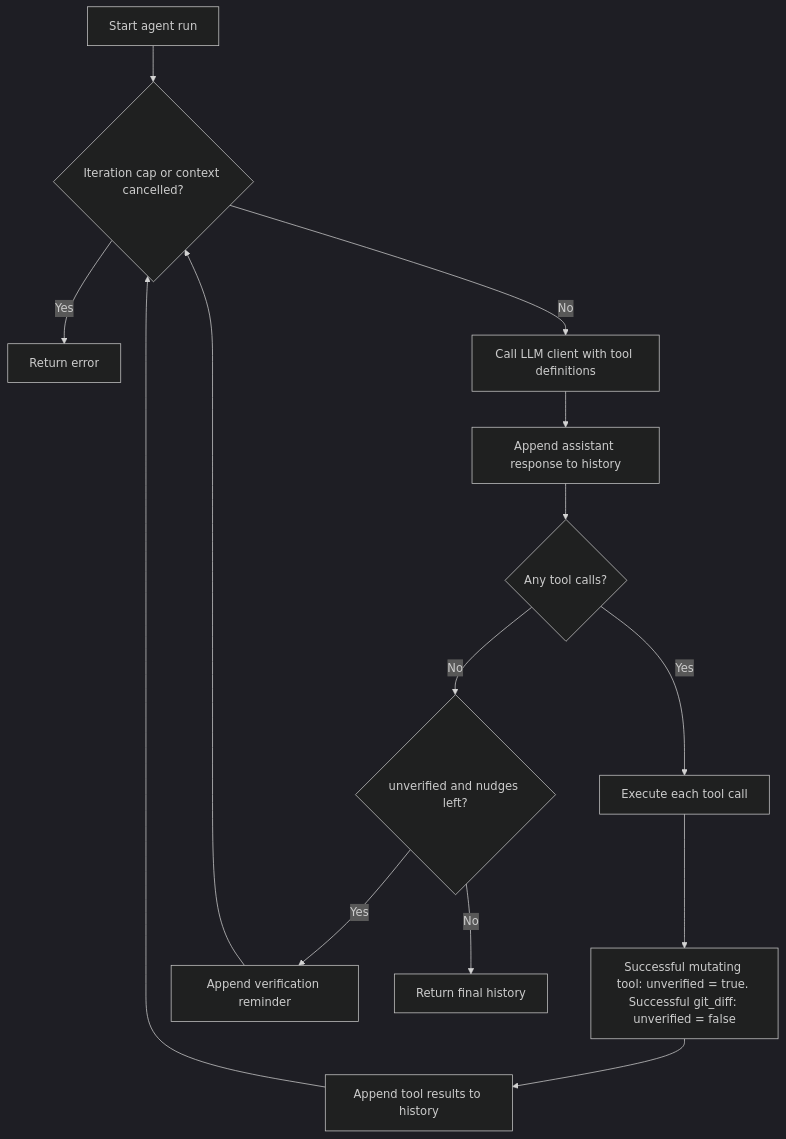
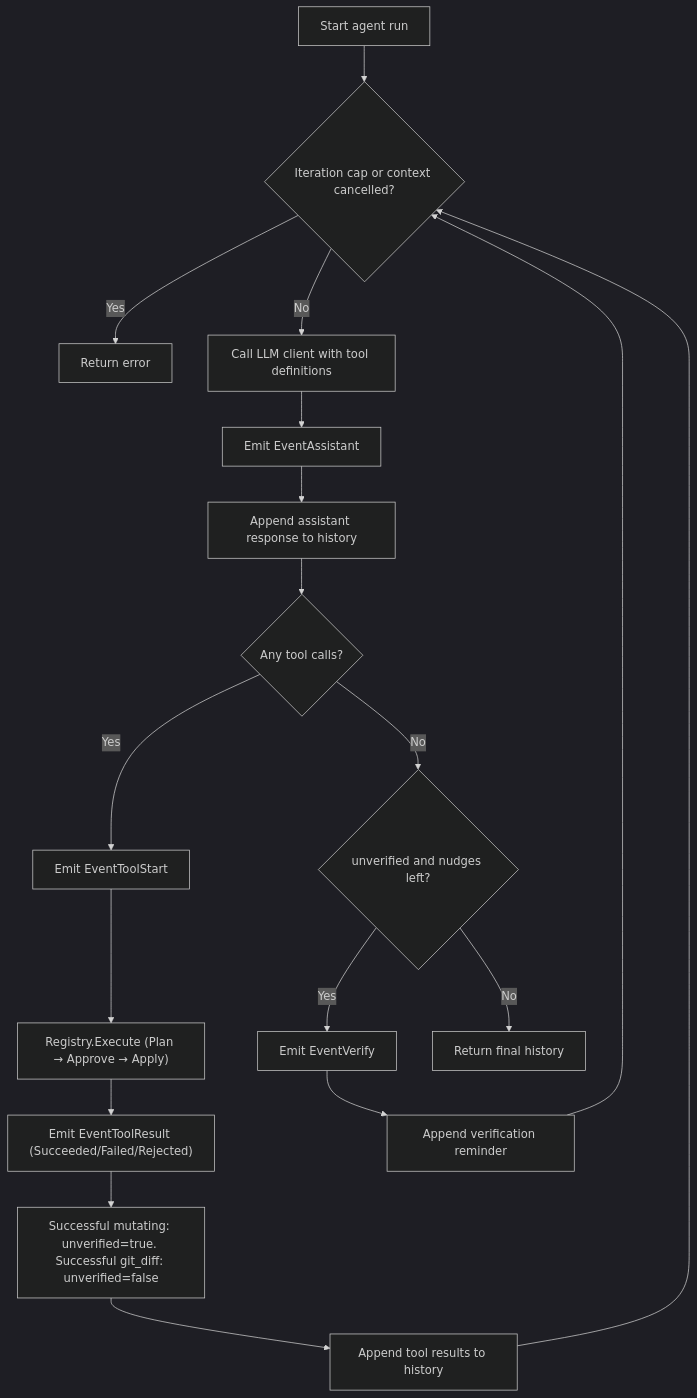
Before and after one commit to Aneeshie/code: the second of 3 diagrams in docs/architecture.md, drawn with Mermaid (dark theme). The commit also changed other lines of this file and 6 other files, not shown here.

First line of the commit message:
feat: wire -tui CLI flag and document human-in-the-loop architecture

````diff
--- a/docs/architecture.md
+++ b/docs/architecture.md
@@ -233,16 +212,20 @@
 ```mermaid
 flowchart TD
     Start["Start agent run"] --> Cap{"Iteration cap or context cancelled?"}
     Cap -->|Yes| Err["Return error"]
     Cap -->|No| Request["Call LLM client with tool definitions"]
-    Request --> History["Append assistant response to history"]
+    Request --> Emit1["Emit EventAssistant"]
+    Emit1 --> History["Append assistant response to history"]
     History --> Check{"Any tool calls?"}
-    Check -->|Yes| Execute["Execute each tool call"]
-    Execute --> Track["Successful mutating tool: unverified = true. Successful git_diff: unverified = false"]
+    Check -->|Yes| EmitStart["Emit EventToolStart"]
+    EmitStart --> Execute["Registry.Execute (Plan → Approve → Apply)"]
+    Execute --> EmitResult["Emit EventToolResult (Succeeded/Failed/Rejected)"]
+    EmitResult --> Track["Successful mutating: unverified=true. Successful git_diff: unverified=false"]
     Track --> Results["Append tool results to history"]
     Results --> Cap
     Check -->|No| Verify{"unverified and nudges left?"}
-    Verify -->|Yes| Nudge["Append verification reminder"]
+    Verify -->|Yes| EmitVerify["Emit EventVerify"]
+    EmitVerify --> Nudge["Append verification reminder"]
     Nudge --> Cap
     Verify -->|No| Return["Return final history"]
 ```
````
